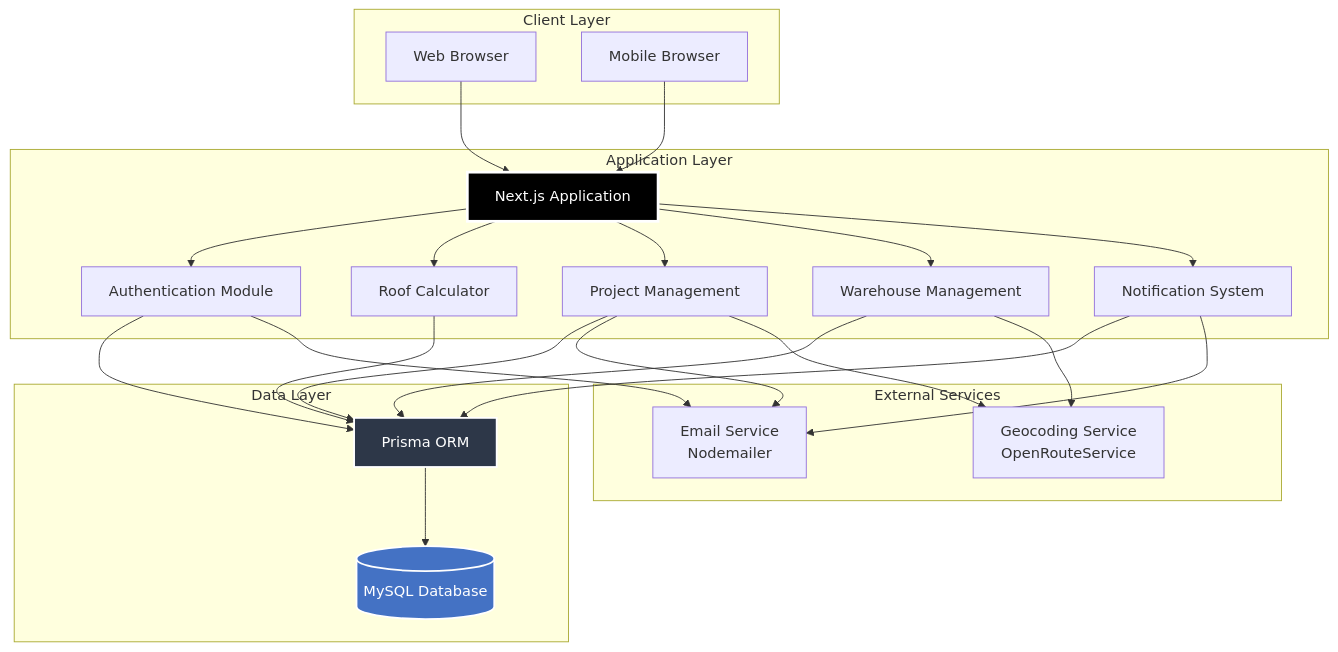
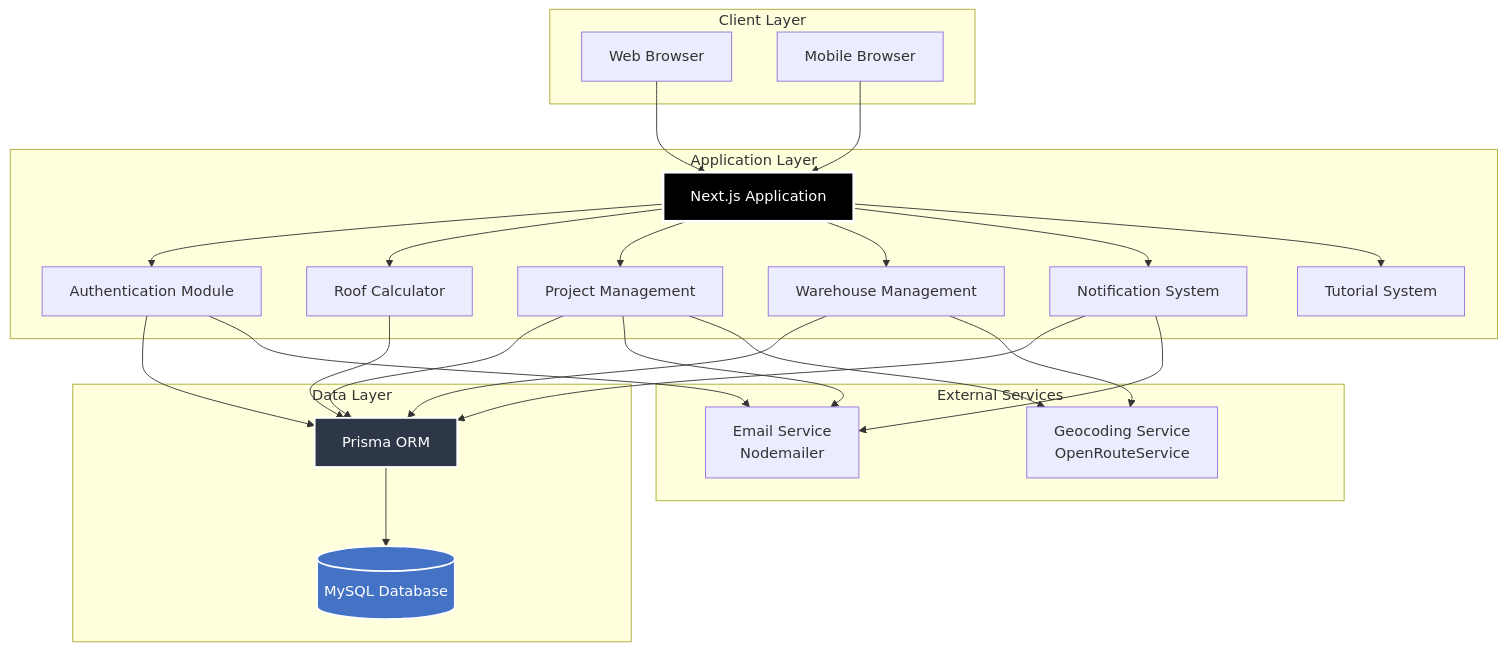
One commit to Justin322322/roofcal changed the first of 14 diagrams in README.md. Above: the diagram before and after it, drawn with Mermaid. The commit also changed other lines of this file and 15 other files, not shown here.

````diff
--- a/README.md
+++ b/README.md
@@ -50,54 +53,56 @@
 ```mermaid
 flowchart TB
     subgraph "Client Layer"
         WEB[Web Browser]
         MOBILE[Mobile Browser]
     end
 
     subgraph "Application Layer"
         NEXT[Next.js Application]
         AUTH[Authentication Module]
         CALC[Roof Calculator]
         PROJ[Project Management]
         WARE[Warehouse Management]
         NOTIF[Notification System]
+        TUTORIAL[Tutorial System]
     end
 
     subgraph "Data Layer"
         DB[(MySQL Database)]
         PRISMA[Prisma ORM]
     end
 
     subgraph "External Services"
         EMAIL[Email Service<br/>Nodemailer]
         GEO[Geocoding Service<br/>OpenRouteService]
     end
 
     WEB --> NEXT
     MOBILE --> NEXT
     
     NEXT --> AUTH
     NEXT --> CALC
     NEXT --> PROJ
     NEXT --> WARE
     NEXT --> NOTIF
+    NEXT --> TUTORIAL
     
     AUTH --> PRISMA
     CALC --> PRISMA
     PROJ --> PRISMA
     WARE --> PRISMA
     NOTIF --> PRISMA
     
     PRISMA --> DB
     
     AUTH --> EMAIL
     PROJ --> EMAIL
     NOTIF --> EMAIL
     
     PROJ --> GEO
     WARE --> GEO
 
     style NEXT fill:#000,stroke:#fff,stroke-width:3px,color:#fff
     style DB fill:#4472C4,stroke:#fff,stroke-width:2px,color:#fff
     style PRISMA fill:#2D3748,stroke:#fff,stroke-width:2px,color:#fff
 ```
````
